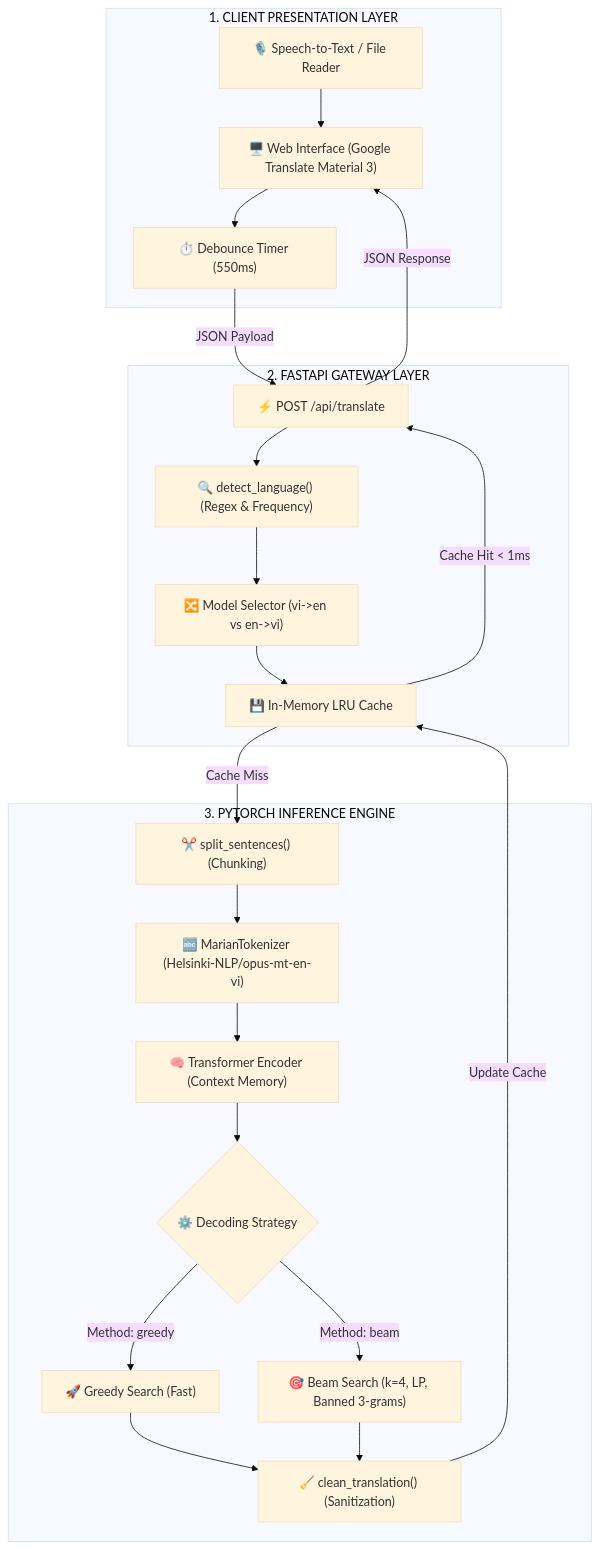
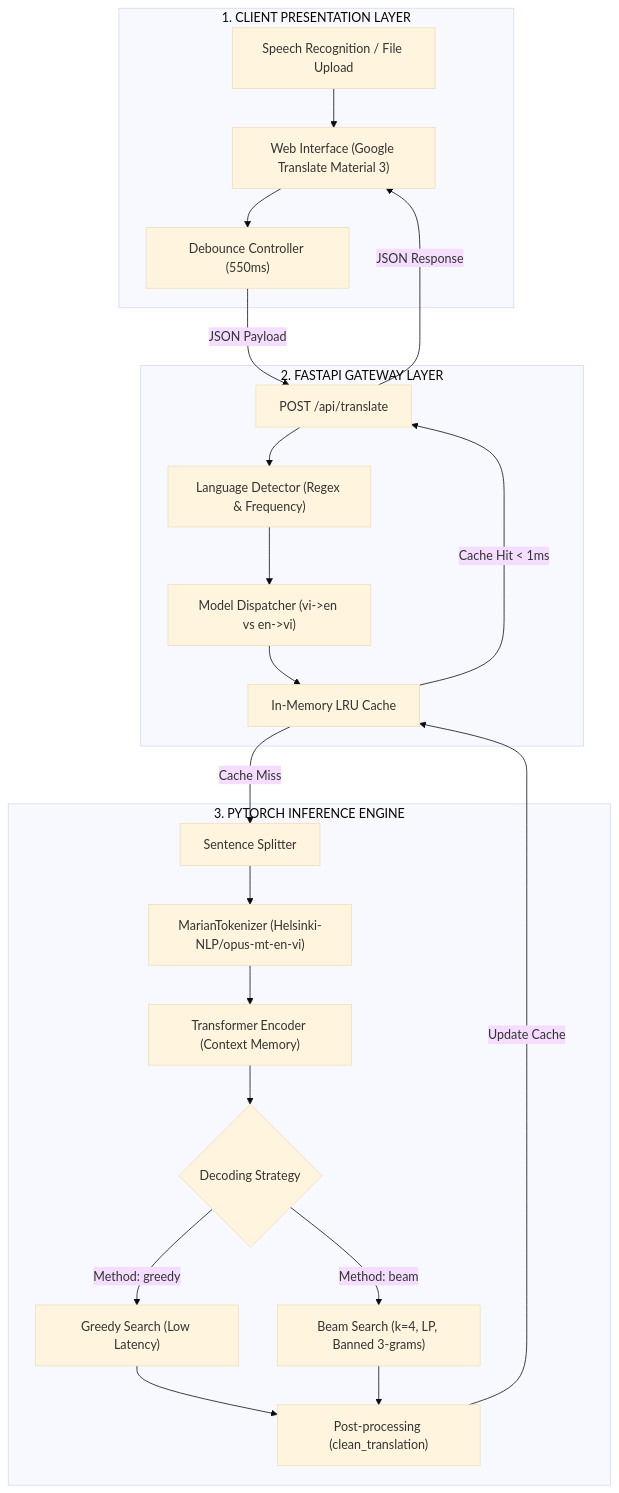
The diagram in README.md (HungHiHung10/Vie2Eng), drawn with Mermaid (base theme) before and after one commit. The commit also changed other lines of this file, not shown here.

Commit message:
docs: streamline README styling with clean enterprise and academic formatting

````diff
--- a/README.md
+++ b/README.md
@@ -72,45 +68,45 @@
 ```mermaid
 flowchart TD
     subgraph ClientLayer ["1. CLIENT PRESENTATION LAYER"]
-        UI["🖥️ Web Interface (Google Translate Material 3)"]
-        Debounce["⏱️ Debounce Timer (550ms)"]
-        Voice["🎙️ Speech-to-Text / File Reader"]
+        UI["Web Interface (Google Translate Material 3)"]
+        Debounce["Debounce Controller (550ms)"]
+        Voice["Speech Recognition / File Upload"]
         UI --> Debounce
         Voice --> UI
     end
 
     subgraph APILayer ["2. FASTAPI GATEWAY LAYER"]
-        API["⚡ POST /api/translate"]
-        Detect["🔍 detect_language() (Regex & Frequency)"]
-        Router["🔀 Model Selector (vi->en vs en->vi)"]
-        Cache["💾 In-Memory LRU Cache"]
+        API["POST /api/translate"]
+        Detect["Language Detector (Regex & Frequency)"]
+        Router["Model Dispatcher (vi->en vs en->vi)"]
+        Cache["In-Memory LRU Cache"]
         
         Debounce -->|JSON Payload| API
         API --> Detect
         Detect --> Router
         Router --> Cache
     end
 
     subgraph EngineLayer ["3. PYTORCH INFERENCE ENGINE"]
-        Chunker["✂️ split_sentences() (Chunking)"]
-        Tok["🔤 MarianTokenizer (Helsinki-NLP/opus-mt-en-vi)"]
-        Enc["🧠 Transformer Encoder (Context Memory)"]
-        Dec{"⚙️ Decoding Strategy"}
-        Greedy["🚀 Greedy Search (Fast)"]
-        Beam["🎯 Beam Search (k=4, LP, Banned 3-grams)"]
-        Post["🧹 clean_translation() (Sanitization)"]
+        Chunker["Sentence Splitter"]
+        Tok["MarianTokenizer (Helsinki-NLP/opus-mt-en-vi)"]
+        Enc["Transformer Encoder (Context Memory)"]
+        Dec{"Decoding Strategy"}
+        Greedy["Greedy Search (Low Latency)"]
+        Beam["Beam Search (k=4, LP, Banned 3-grams)"]
+        Post["Post-processing (clean_translation)"]
 
         Cache -->|Cache Miss| Chunker
         Chunker --> Tok
         Tok --> Enc
         Enc --> Dec
         Dec -->|Method: greedy| Greedy
         Dec -->|Method: beam| Beam
         Greedy --> Post
         Beam --> Post
     end
 
     Post -->|Update Cache| Cache
     Cache -->|Cache Hit < 1ms| API
     API -->|JSON Response| UI
 ```
````
